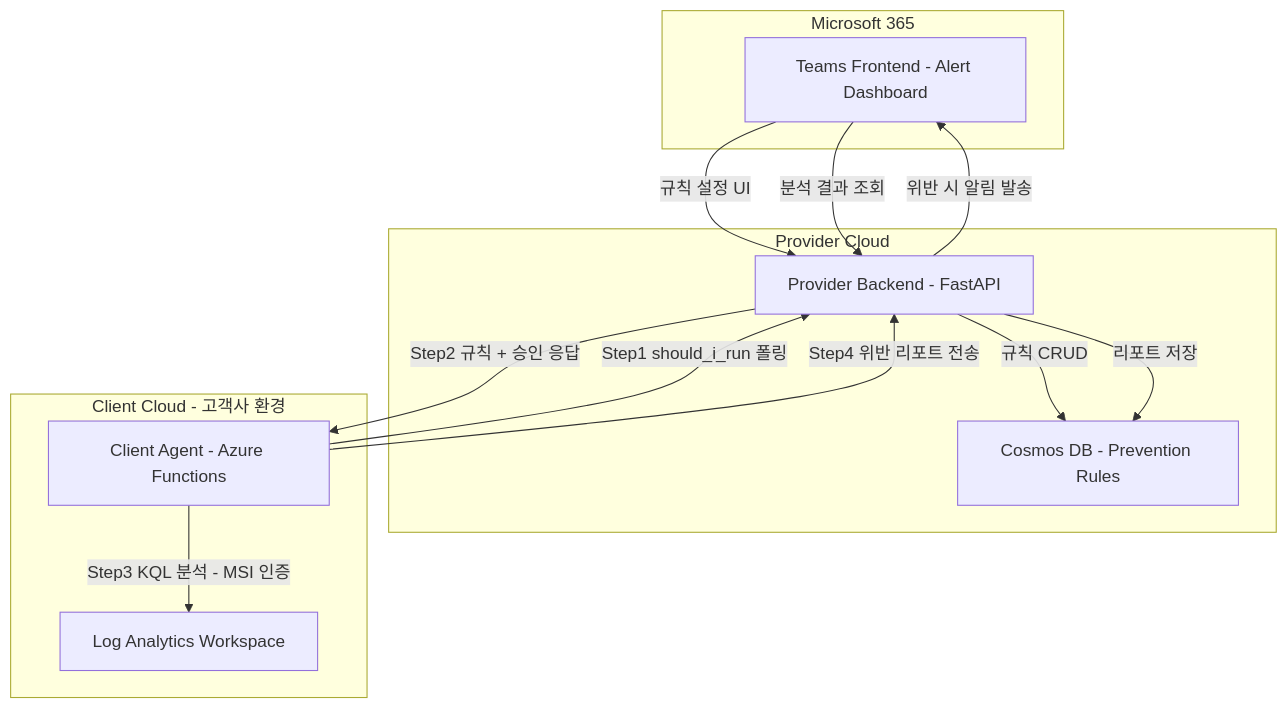
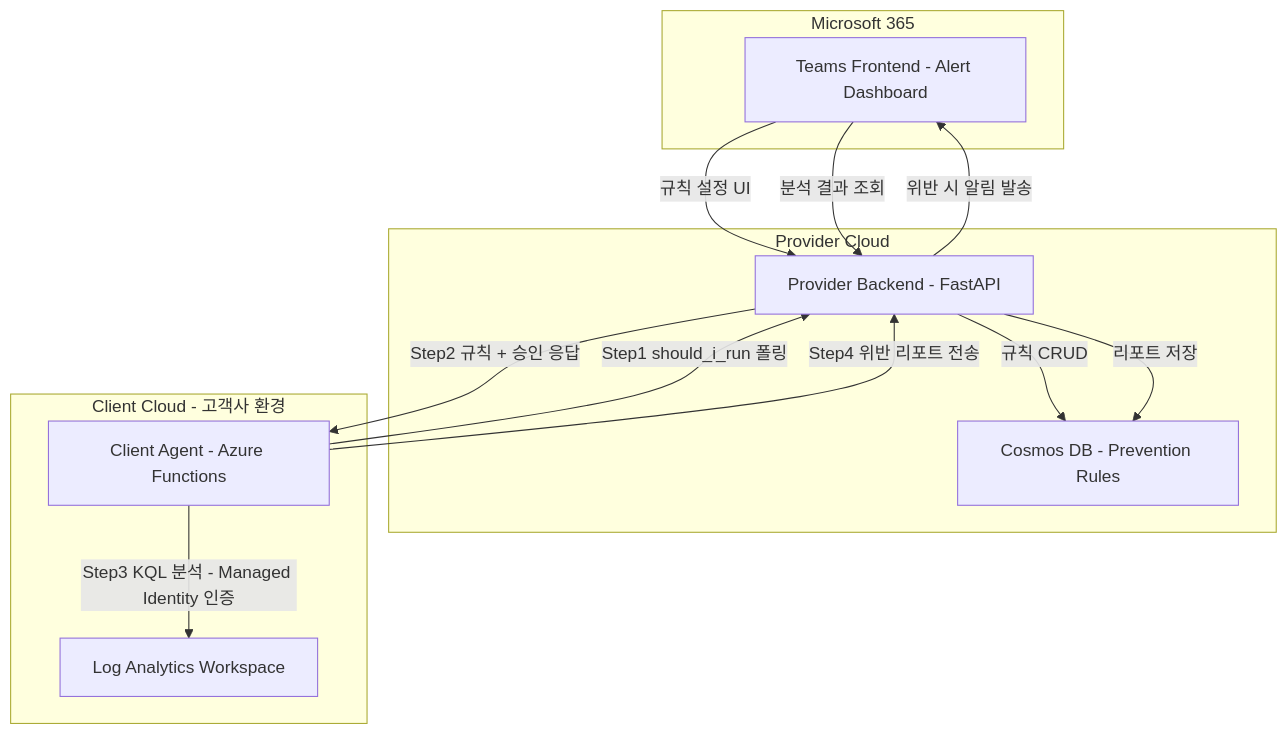
Before and after one commit to chjcmy/study: the sixth of 30 diagrams in azure/projects/log-doctor-plan.md, drawn with Mermaid. The commit also changed other lines of this file and 2 other files, not shown here.

````diff
--- a/azure/projects/log-doctor-plan.md
+++ b/azure/projects/log-doctor-plan.md
@@ -246,28 +246,28 @@
 ```mermaid
 graph TB
     subgraph Microsoft 365
         Teams["Teams Frontend - Alert Dashboard"]
     end
 
     subgraph Provider Cloud
         PB["Provider Backend - FastAPI"]
         CosmosDB["Cosmos DB - Prevention Rules"]
     end
 
     subgraph Client Cloud - 고객사 환경
         Agent["Client Agent - Azure Functions"]
         LAW["Log Analytics Workspace"]
     end
 
     Teams -->|규칙 설정 UI| PB
     PB -->|규칙 CRUD| CosmosDB
 
     Agent -->|Step1 should_i_run 폴링| PB
     PB -->|Step2 규칙 + 승인 응답| Agent
-    Agent -->|Step3 KQL 분석 - MSI 인증| LAW
+    Agent -->|Step3 KQL 분석 - Managed Identity 인증| LAW
     Agent -->|Step4 위반 리포트 전송| PB
     PB -->|리포트 저장| CosmosDB
 
     PB -->|위반 시 알림 발송| Teams
     Teams -->|분석 결과 조회| PB
 ```
````
